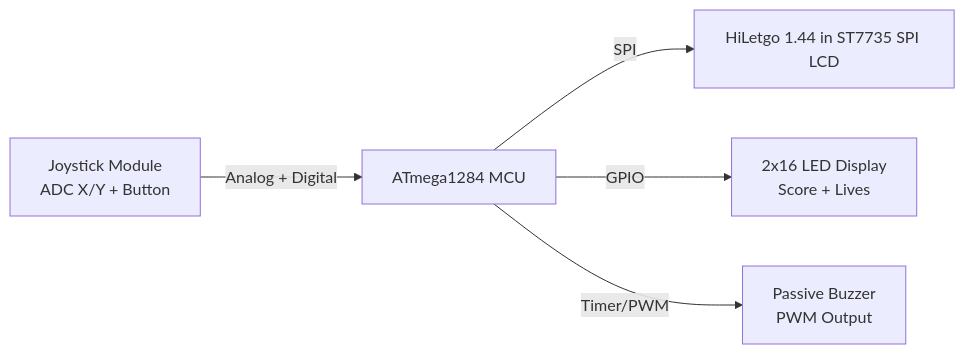
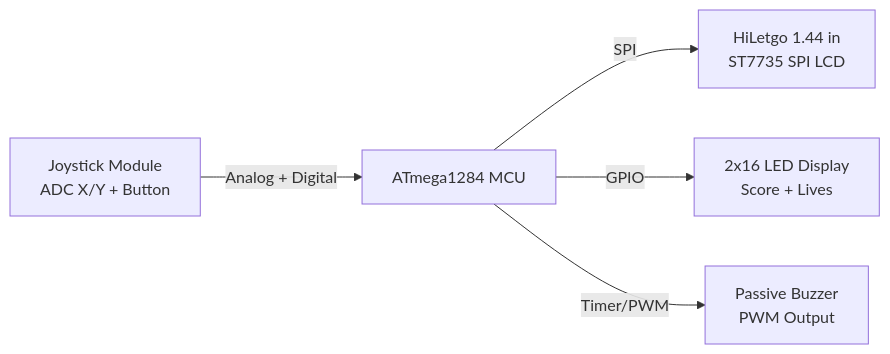
Before and after one commit to audy910/Space-Invaders-AVR-: the first of 3 diagrams in README.md, drawn with Mermaid.

Commit message:
Update README.md for LCD display formatting

````diff
--- a/README.md
+++ b/README.md
@@ -19,13 +19,13 @@
 ```mermaid
 flowchart LR
     MCU[ATmega1284 MCU]
-    LCD[HiLetgo 1.44 in ST7735 SPI LCD]
+    LCD[HiLetgo 1.44 in <br> ST7735 SPI LCD]
     JOY[Joystick Module <br> ADC X/Y + Button]
     LED[2x16 LED Display <br> Score + Lives]
     BUZ[Passive Buzzer <br> PWM Output]
 
     MCU -- SPI --> LCD
     JOY -- Analog + Digital --> MCU
     MCU -- GPIO --> LED
     MCU -- Timer/PWM --> BUZ
 ```
````
